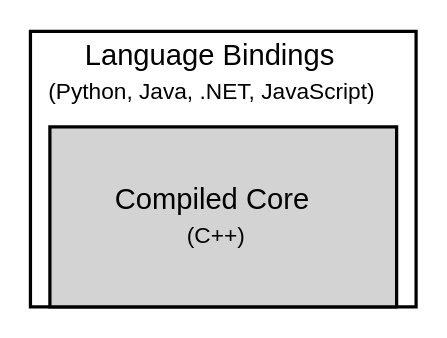
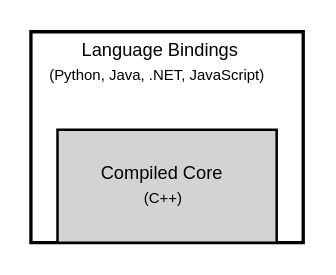
The diagram in chapter03/images/Figure_3-1.dot (berkgeveci/VTKUsersGuide), drawn with Graphviz before and after one commit. The commit also changed 4 other files, not shown here.

Commit message:
Shrink and center Figure 3-1, modernize INDEX.md

```diff
--- a/chapter03/images/Figure_3-1.dot
+++ b/chapter03/images/Figure_3-1.dot
@@ -1,49 +1,49 @@
 digraph vtk_architecture {
     graph [
         rankdir=TB
         bgcolor=white
         fontname="Helvetica"
         margin=0.3
     ];
     node [
         fontname="Helvetica"
         shape=none
     ];
 
     subgraph cluster_outer {
         label=""
         style="filled"
         fillcolor="white"
         color="black"
         penwidth=2
 
         wrapper_label [
             label=<
                 <TABLE BORDER="0" CELLBORDER="0" CELLSPACING="0">
-                    <TR><TD><FONT POINT-SIZE="18">Language Bindings</FONT></TD></TR>
-                    <TR><TD><FONT POINT-SIZE="14">(Python, Java, .NET, JavaScript)</FONT></TD></TR>
+                    <TR><TD><FONT POINT-SIZE="11">Language Bindings</FONT></TD></TR>
+                    <TR><TD><FONT POINT-SIZE="9">(Python, Java, .NET, JavaScript)</FONT></TD></TR>
                 </TABLE>
             >
         ]
 
         subgraph cluster_inner {
             label=""
             style="filled"
             fillcolor="lightgray"
             color="black"
-            penwidth=2
-            margin=30
+            penwidth=1.5
+            margin=15
 
             core_label [
                 label=<
                     <TABLE BORDER="0" CELLBORDER="0" CELLSPACING="0">
-                        <TR><TD><FONT POINT-SIZE="18">Compiled Core</FONT></TD></TR>
-                        <TR><TD><FONT POINT-SIZE="14">(C++)</FONT></TD></TR>
+                        <TR><TD><FONT POINT-SIZE="11">Compiled Core</FONT></TD></TR>
+                        <TR><TD><FONT POINT-SIZE="9">(C++)</FONT></TD></TR>
                     </TABLE>
                 >
             ]
         }
 
         wrapper_label -> core_label [style=invis]
     }
 }
```
